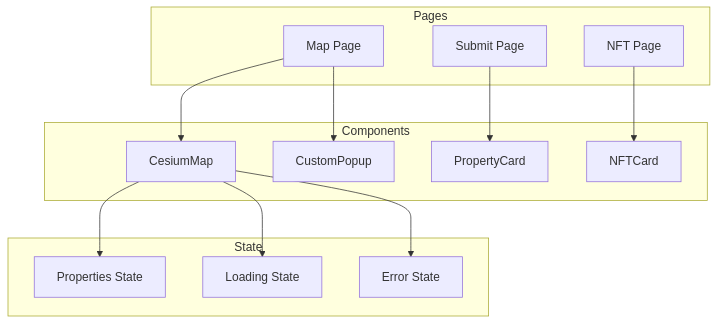
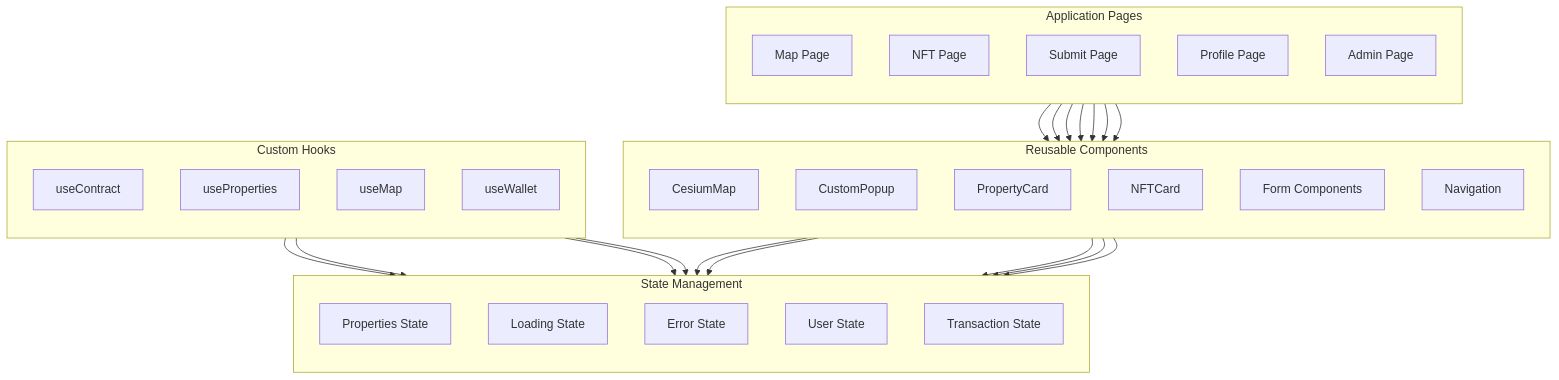
The second of 5 diagrams in docs/architecture.md (yosgi/nz-property-nft), drawn with Mermaid before and after one commit. The commit also changed other lines of this file, not shown here.

Commit message:
Revise architecture documentation for Property NFT Platform

````diff
--- a/docs/architecture.md
+++ b/docs/architecture.md
@@ -54,32 +87,60 @@
 ```mermaid
 graph TB
-    subgraph Pages
+    subgraph Pages["Application Pages"]
+        direction TB
         MapPage["Map Page"]
         NFTPage["NFT Page"]
         SubmitPage["Submit Page"]
+        ProfilePage["Profile Page"]
+        AdminPage["Admin Page"]
     end
 
-    subgraph Components
+    subgraph Components["Reusable Components"]
+        direction TB
         CesiumMap["CesiumMap"]
         CustomPopup["CustomPopup"]
         PropertyCard["PropertyCard"]
         NFTCard["NFTCard"]
+        FormComponents["Form Components"]
+        Navigation["Navigation"]
     end
 
-    subgraph State
+    subgraph State["State Management"]
+        direction TB
         Properties["Properties State"]
         Loading["Loading State"]
         Error["Error State"]
+        User["User State"]
+        Transaction["Transaction State"]
+    end
+
+    subgraph Hooks["Custom Hooks"]
+        direction TB
+        useContract["useContract"]
+        useProperties["useProperties"]
+        useMap["useMap"]
+        useWallet["useWallet"]
     end
 
     %% Page to Component connections
     MapPage --> CesiumMap
     MapPage --> CustomPopup
     NFTPage --> NFTCard
     SubmitPage --> PropertyCard
+    SubmitPage --> FormComponents
+    ProfilePage --> PropertyCard
+    AdminPage --> PropertyCard
 
     %% Component to State connections
     CesiumMap --> Properties
     CesiumMap --> Loading
     CesiumMap --> Error
+    PropertyCard --> Properties
+    NFTCard --> Properties
+
+    %% Hook connections
+    useContract --> State
+    useProperties --> State
+    useMap --> State
+    useWallet --> State
 ```
````
